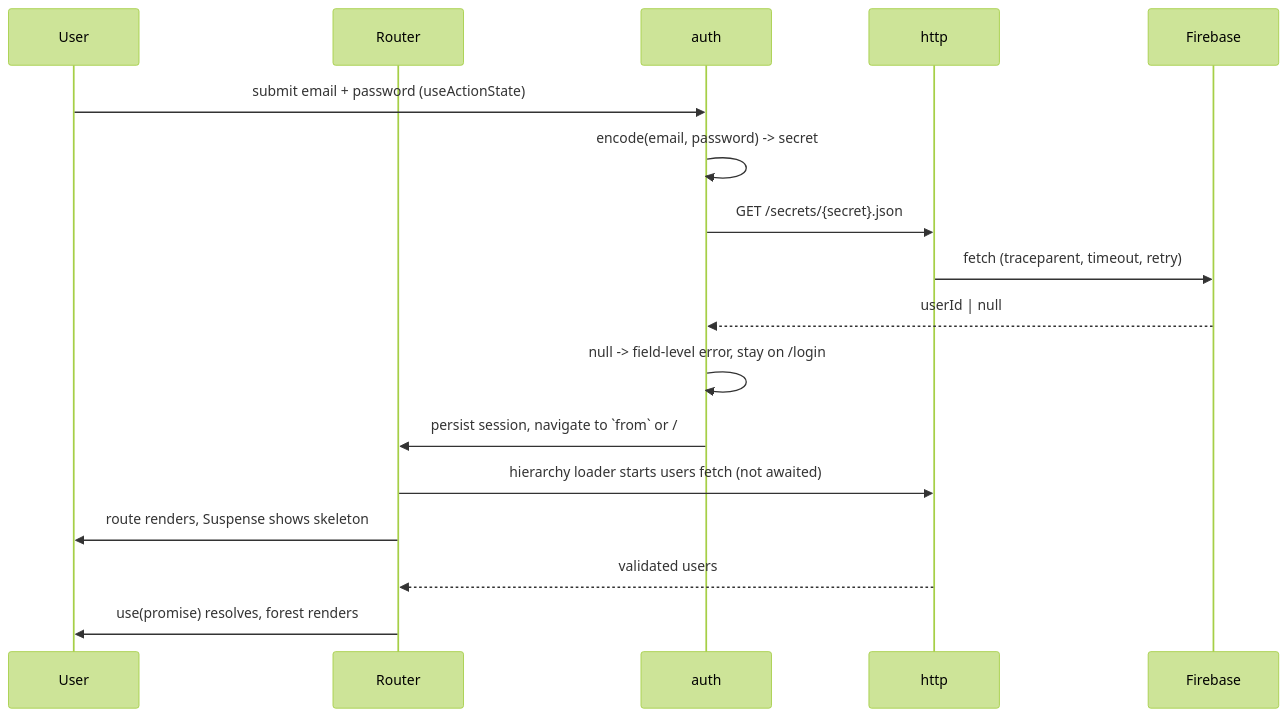
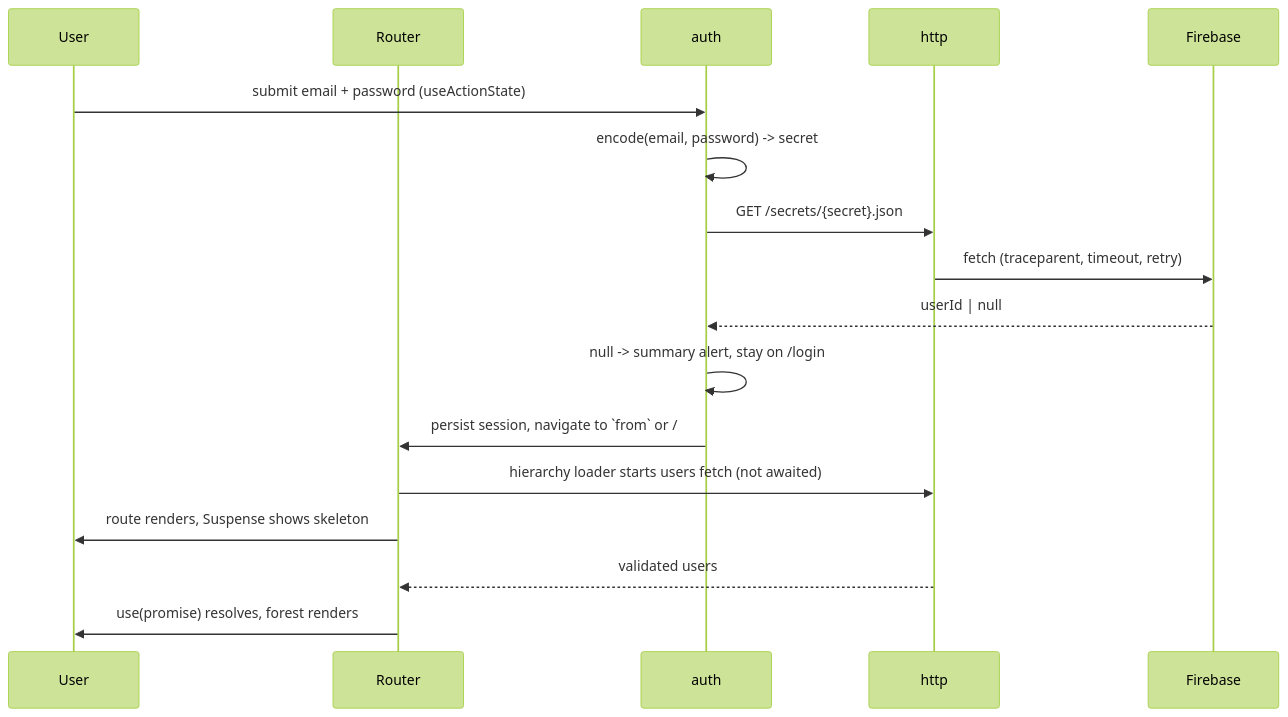
One commit to sergeykhomyuk/hierarchy-tree changed the second of 2 diagrams in specs/ARCHITECTURE.md. Above: the diagram before and after it, drawn with Mermaid (forest theme). The commit also changed other lines of this file and 15 other files, not shown here.

````diff
--- a/specs/ARCHITECTURE.md
+++ b/specs/ARCHITECTURE.md
@@ -48,20 +48,20 @@
 ```mermaid
 sequenceDiagram
     participant U as User
     participant R as Router
     participant A as auth
     participant H as http
     participant F as Firebase
 
     U->>A: submit email + password (useActionState)
     A->>A: encode(email, password) -> secret
     A->>H: GET /secrets/{secret}.json
     H->>F: fetch (traceparent, timeout, retry)
     F-->>A: userId | null
-    A->>A: null -> field-level error, stay on /login
+    A->>A: null -> summary alert, stay on /login
     A->>R: persist session, navigate to `from` or /
     R->>H: hierarchy loader starts users fetch (not awaited)
     R->>U: route renders, Suspense shows skeleton
     H-->>R: validated users
     R->>U: use(promise) resolves, forest renders
 ```
````
